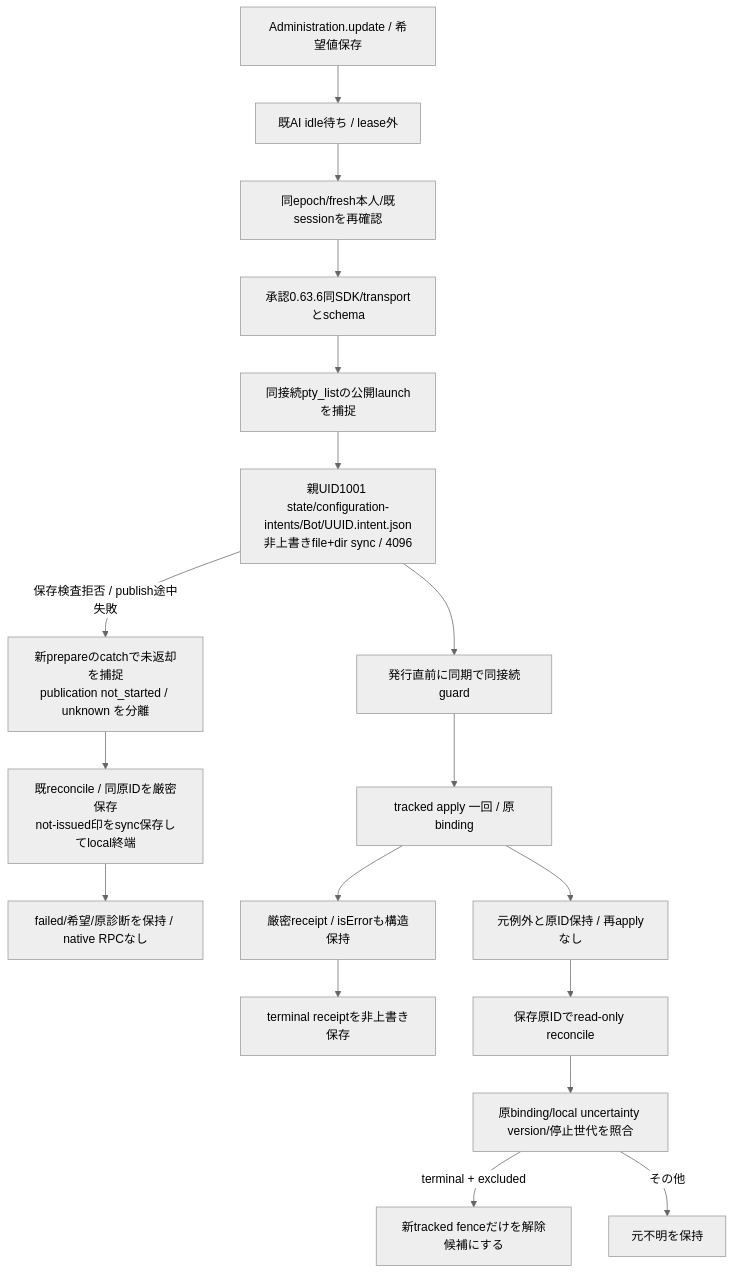
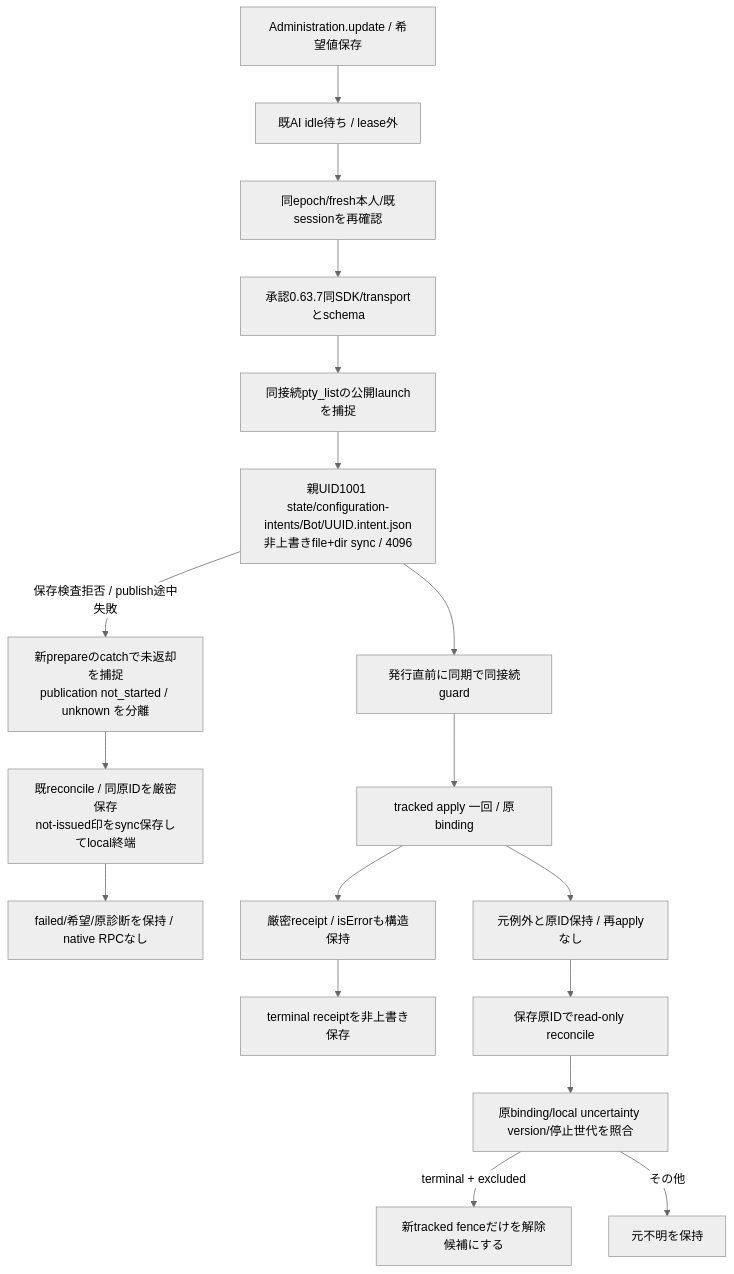
The diagram in docs/architecture/modules/execution/configuration-requests.md (kitepon/BellTeam), drawn with Mermaid (neutral theme) before and after one commit. The commit also changed other lines of this file and 3 other files, not shown here.

````diff
--- a/docs/architecture/modules/execution/configuration-requests.md
+++ b/docs/architecture/modules/execution/configuration-requests.md
@@ -5,20 +5,20 @@
 ```mermaid
 flowchart TD
   Desired[Administration.update / 希望値保存] --> Idle[既AI idle待ち / lease外]
   Idle --> Fresh[同epoch/fresh本人/既sessionを再確認]
-  Fresh --> Capability[承認0.63.6同SDK/transportとschema]
+  Fresh --> Capability[承認0.63.7同SDK/transportとschema]
   Capability --> Target[同接続pty_listの公開launchを捕捉]
   Target --> Intent[親UID1001 state/configuration-intents/Bot/UUID.intent.json<br/>非上書きfile+dir sync / 4096]
   Intent --> Guard[発行直前に同期で同接続guard]
   Intent -->|保存検査拒否 / publish途中失敗| Rejected[新prepareのcatchで未返却を捕捉<br/>publication not_started / unknown を分離]
   Rejected --> Local[既reconcile / 同原IDを厳密保存<br/>not-issued印をsync保存してlocal終端]
   Local --> KeepHistory[failed/希望/原診断を保持 / native RPCなし]
   Guard --> Apply[tracked apply 一回 / 原binding]
   Apply --> Receipt[厳密receipt / isErrorも構造保持]
   Apply --> Unknown[元例外と原ID保持 / 再applyなし]
   Receipt --> Terminal[terminal receiptを非上書き保存]
   Unknown --> Reconcile[保存原IDでread-only reconcile]
   Reconcile --> Match[原binding/local uncertainty version/停止世代を照合]
   Match -->|terminal + excluded| Clear[新tracked fenceだけを解除候補にする]
   Match -->|その他| Keep[元不明を保持]
 ```
````
